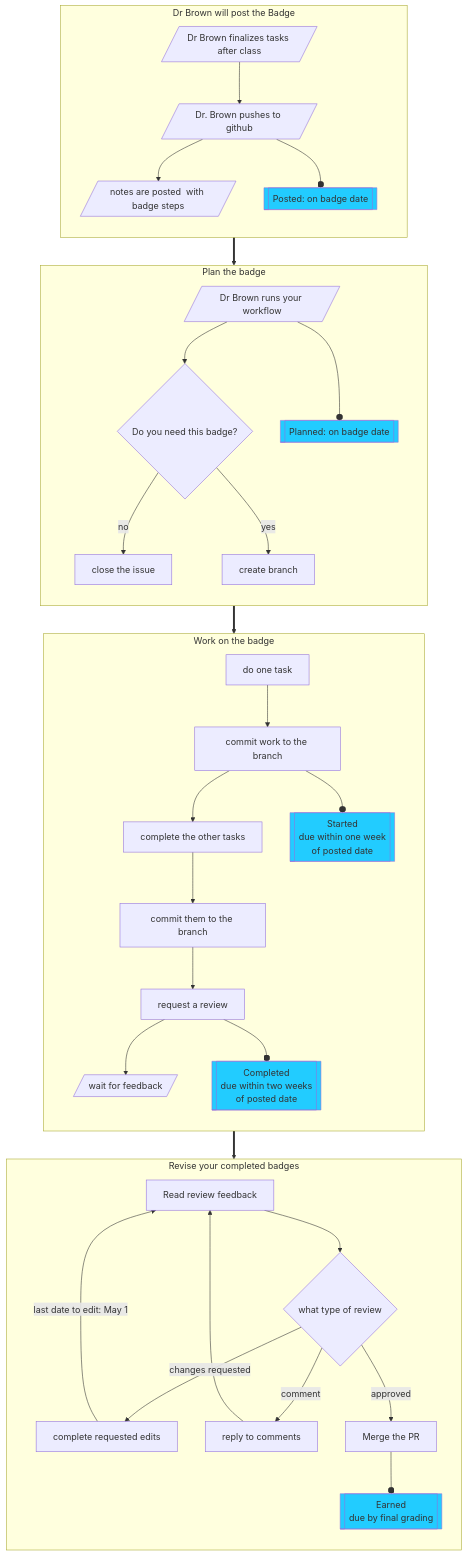
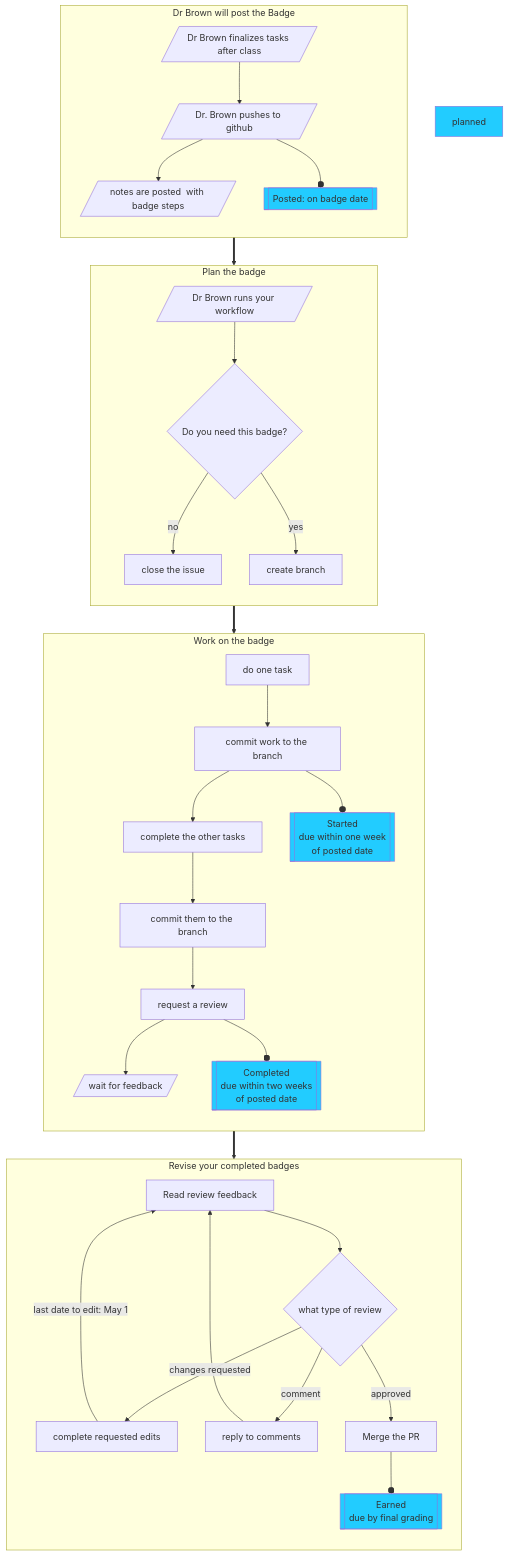
One commit to pelli18/fall2024 changed the fourth of 7 diagrams in syllabus/badges.md. Above: the diagram before and after it, drawn with Mermaid. The commit also changed other lines of this file, not shown here.

Commit message:
badge process clarification

````diff
--- a/syllabus/badges.md
+++ b/syllabus/badges.md
@@ -325,71 +337,69 @@
 ```{mermaid}
 flowchart TD
 %%    subgraph work[Steps to complete]
     subgraph posting[Dr Brown will post the Badge]
       direction TB
       write[/Dr Brown finalizes tasks after class/]
       post[/Dr. Brown pushes to github/]
-      link[/notes are posted  with badge steps/]
+      link[/notes are posted  with badge steps /]
       posted[[Posted: on badge date]]
       write -->post
       post -->link
       post --o posted
     end
     subgraph planning[Plan the badge]
       direction TB
       create[/Dr Brown runs your workflow/]
       decide{Do you need this badge?}
       close[close the issue]
       branch[create branch]
-      planned[[Planned: on badge date]]
       create -->decide
       decide -->|no| close
       decide -->|yes| branch
-    create --o planned
     end
     subgraph work[Work on the badge]
       direction TB
       start[do one task]
       commit[commit work to the branch]
       moretasks[complete the other tasks]
       ccommit[commit them to the branch]
       reqreview[request a review]
       started[[Started <br/> due within one week <br/> of posted date]]
       completed[[Completed <br/>due  within two weeks <br/> of posted date]]
       wait[/wait for feedback/]
       start --> commit
       commit -->moretasks
       commit --o started
       moretasks -->ccommit
       ccommit -->reqreview
       reqreview --> wait
       reqreview --o completed
     end
     subgraph review[Revise your completed badges]
       direction TB
       prreview[Read review feedback]
       approvedq{what type of review}
       merge[Merge the PR]
       edit[complete requested edits]
       earned[[Earned <br/> due by final grading]]
       discuss[reply to comments]
       prreview -->approvedq
       approvedq -->|changes requested|edit
       edit -->|last date to edit: May 1| prreview
       approvedq -->|comment|discuss
       discuss -->prreview
       approvedq -->|approved|merge
       merge --o earned
     end
 
     posting ==> planning
     planning ==> work
     work ==> review
 
 %% styling 
 style earned fill:#2cf
 style completed fill:#2cf
 style started fill:#2cf
 style posted fill:#2cf
 style planned fill:#2cf
 ```
````
